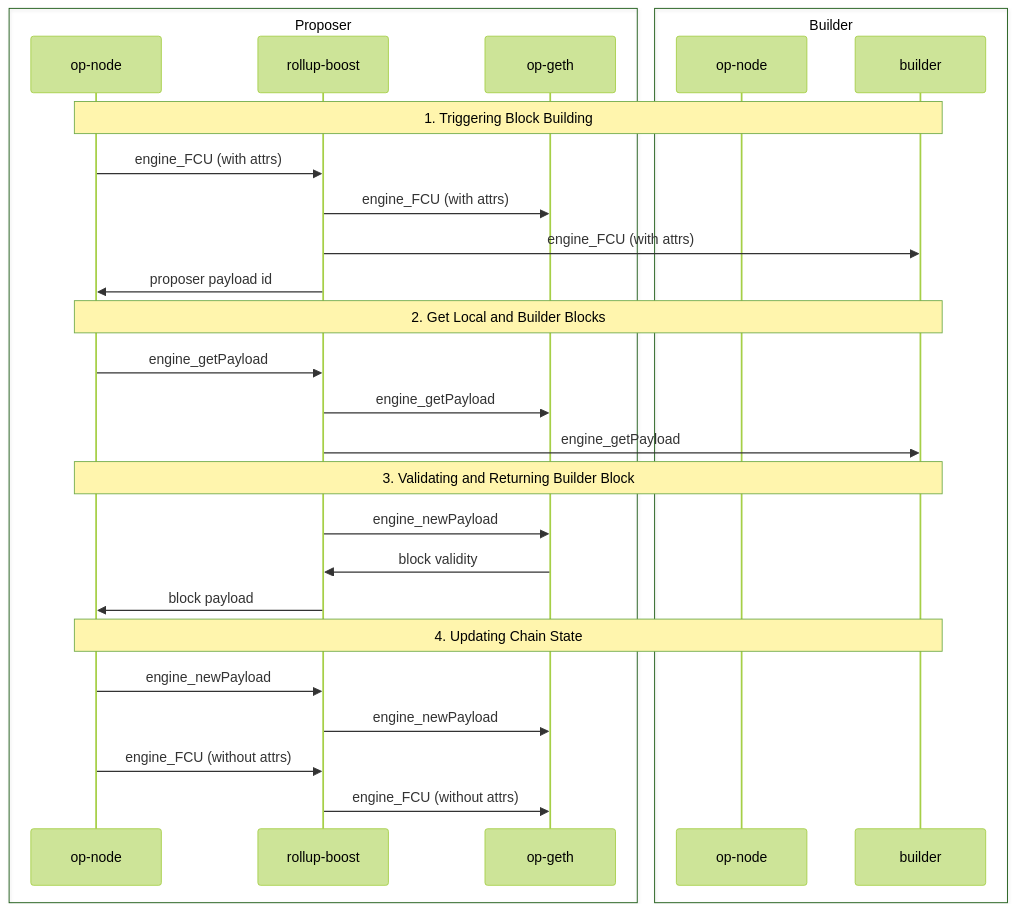
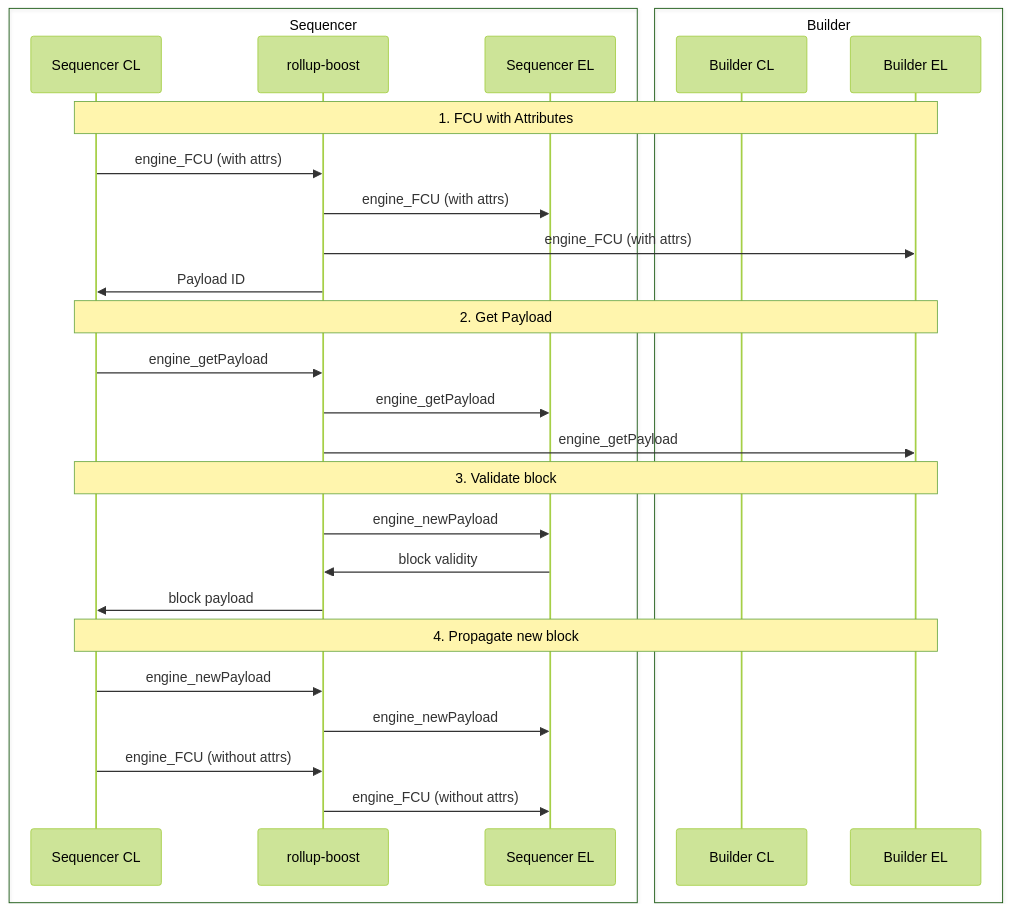
The diagram in specs/pbh/architecture.md (worldcoin/world-chain), drawn with Mermaid (forest theme) before and after one commit. The commit also changed other lines of this file and 1 other file, not shown here.

Commit message:
docs: update rollup boost mermaid diagram

````diff
--- a/specs/pbh/architecture.md
+++ b/specs/pbh/architecture.md
@@ -23,34 +23,34 @@
 ```mermaid
 sequenceDiagram
-    box Proposer
-        participant op-node
+    box Sequencer
+        participant sequencer-cl as Sequencer CL
         participant rollup-boost
-        participant op-geth
+        participant sequencer-el as Sequencer EL
     end
     box Builder
-        participant builder-op-node as op-node
-        participant builder-op-geth as builder
+        participant builder-cl as Builder CL
+        participant builder-el as Builder EL
     end
 
-    Note over op-node, builder-op-geth: 1. Triggering Block Building
-    op-node->>rollup-boost: engine_FCU (with attrs)
-    rollup-boost->>op-geth: engine_FCU (with attrs)
-    rollup-boost->>builder-op-geth: engine_FCU (with attrs)
-    rollup-boost->>op-node: proposer payload id
+    Note over sequencer-cl, builder-el: 1. FCU with Attributes
+    sequencer-cl->>rollup-boost: engine_FCU (with attrs)
+    rollup-boost->>sequencer-el: engine_FCU (with attrs)
+    rollup-boost->>builder-el: engine_FCU (with attrs)
+    rollup-boost->>sequencer-cl: Payload ID
 
-    Note over op-node, builder-op-geth: 2. Get Local and Builder Blocks
-    op-node->>rollup-boost: engine_getPayload
-    rollup-boost->>op-geth: engine_getPayload
-    rollup-boost->>builder-op-geth: engine_getPayload
+    Note over sequencer-cl, builder-el: 2. Get Payload
+    sequencer-cl->>rollup-boost: engine_getPayload
+    rollup-boost->>sequencer-el: engine_getPayload
+    rollup-boost->>builder-el: engine_getPayload
 
-    Note over op-node, builder-op-geth: 3. Validating and Returning Builder Block
-    rollup-boost->>op-geth: engine_newPayload
-    op-geth->>rollup-boost: block validity
-    rollup-boost->>op-node: block payload
+    Note over sequencer-cl, builder-el: 3. Validate block
+    rollup-boost->>sequencer-el: engine_newPayload
+    sequencer-el->>rollup-boost: block validity
+    rollup-boost->>sequencer-cl: block payload
 
-    Note over op-node, builder-op-geth: 4. Updating Chain State
-    op-node->>rollup-boost: engine_newPayload
-    rollup-boost->>op-geth: engine_newPayload
-    op-node->>rollup-boost: engine_FCU (without attrs)
-    rollup-boost->>op-geth: engine_FCU (without attrs)
+    Note over sequencer-cl, builder-el: 4. Propagate new block
+    sequencer-cl->>rollup-boost: engine_newPayload
+    rollup-boost->>sequencer-el: engine_newPayload
+    sequencer-cl->>rollup-boost: engine_FCU (without attrs)
+    rollup-boost->>sequencer-el: engine_FCU (without attrs)
 ```
````
